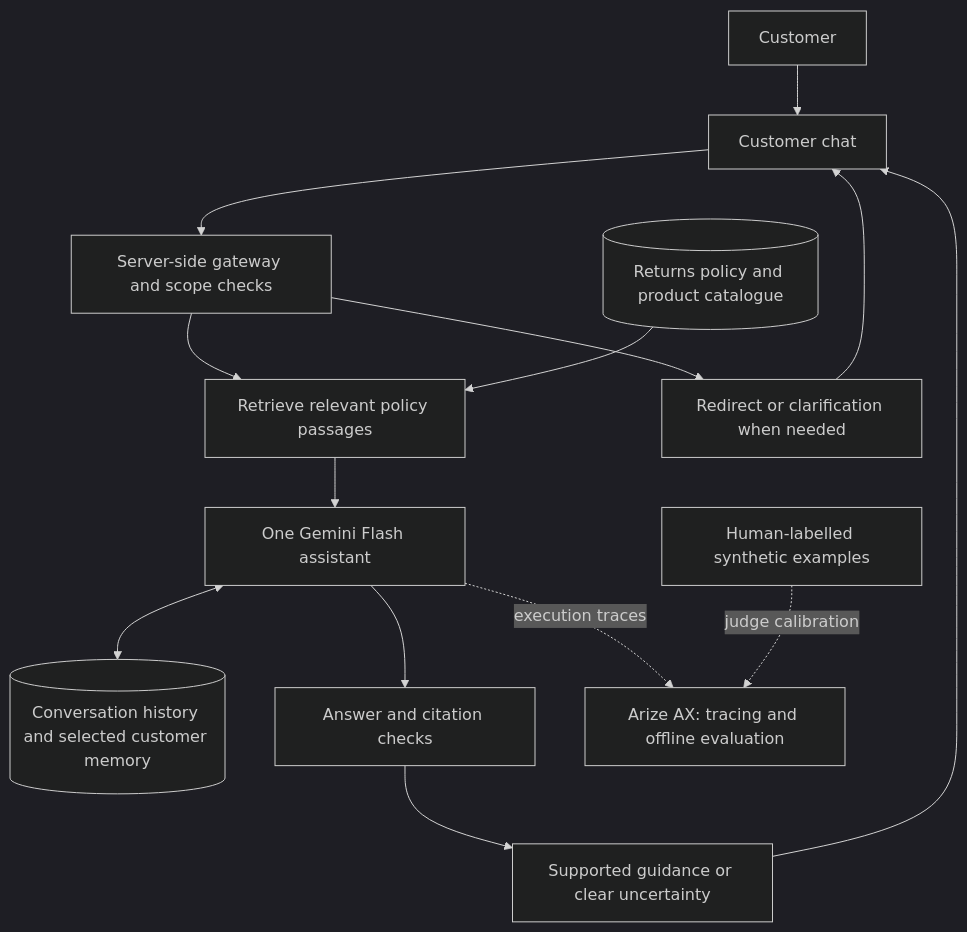
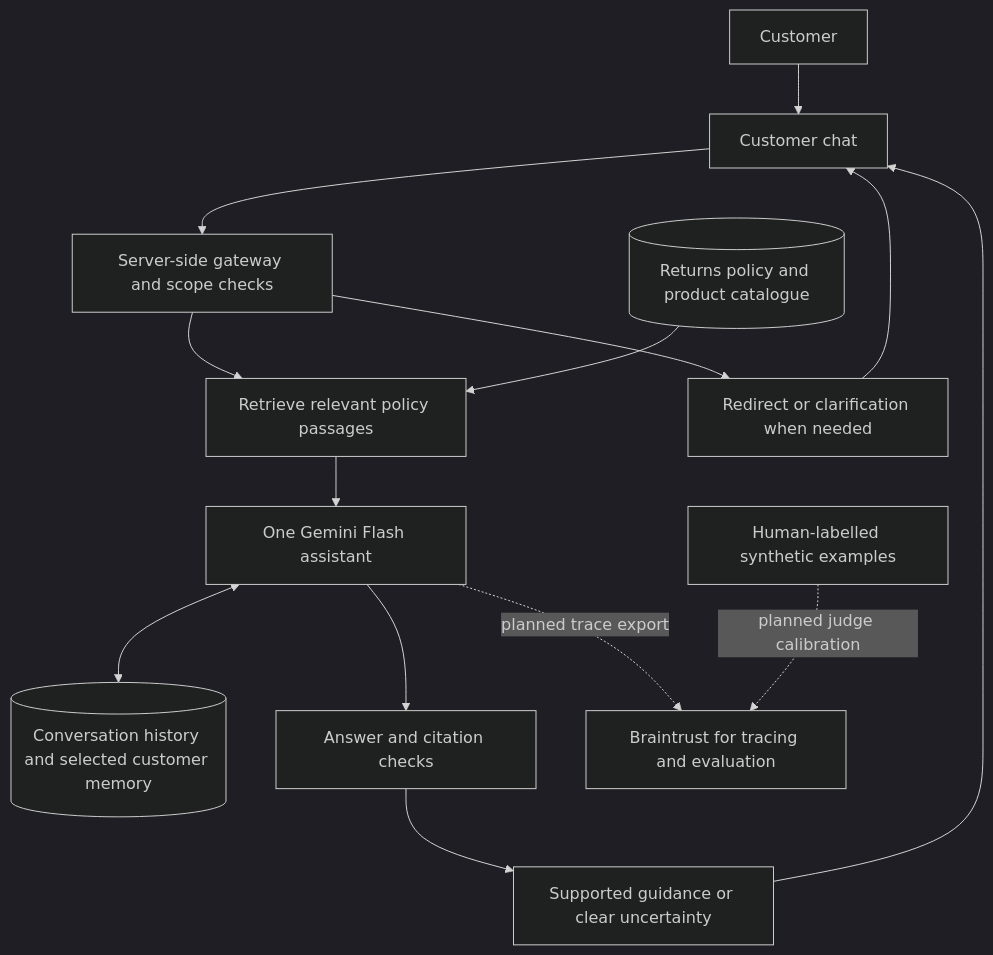
Before and after one commit to abanerjee23/tarnfield-care: the diagram in README.md, drawn with Mermaid (dark theme). The commit also changed other lines of this file and 14 other files, not shown here.

````diff
--- a/README.md
+++ b/README.md
@@ -66,16 +66,16 @@
 ```mermaid
 flowchart TD
     Customer[Customer] --> Chat[Customer chat]
     Chat --> Gateway[Server-side gateway and scope checks]
     Gateway --> Retrieval[Retrieve relevant policy passages]
     Policies[(Returns policy and product catalogue)] --> Retrieval
     Retrieval --> Agent[One Gemini Flash assistant]
     Agent <--> State[(Conversation history and selected customer memory)]
     Agent --> Checks[Answer and citation checks]
     Checks --> Answer[Supported guidance or clear uncertainty]
     Answer --> Chat
     Gateway --> Redirect[Redirect or clarification when needed]
     Redirect --> Chat
-    Agent -. execution traces .-> Arize[Arize AX: tracing and offline evaluation]
-    Examples[Human-labelled synthetic examples] -. judge calibration .-> Arize
+    Agent -. planned trace export .-> Braintrust[Braintrust for tracing and evaluation]
+    Examples[Human-labelled synthetic examples] -. planned judge calibration .-> Braintrust
 ```
````
